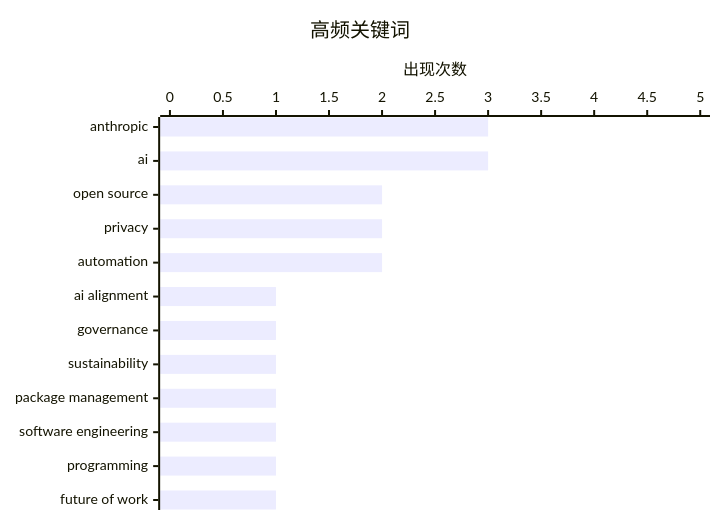
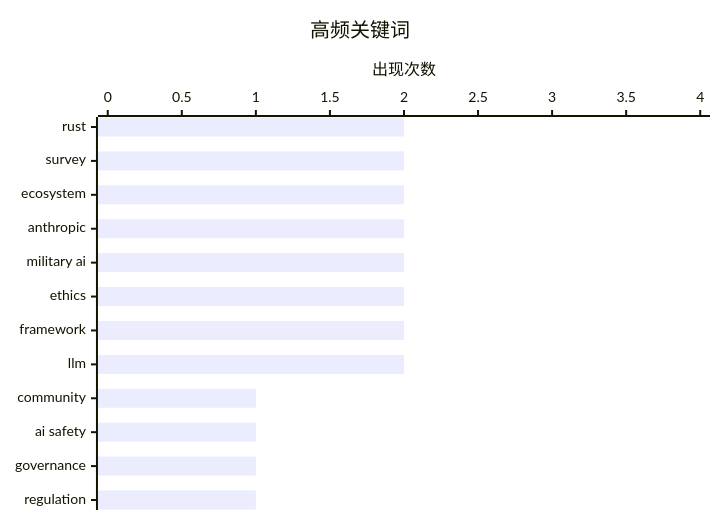
One commit to AustinWp/ai-daily-digest changed the second of 2 diagrams in digests/digest-20260303.md. Above: the diagram before and after it, drawn with Mermaid. The commit also changed other lines of this file, not shown here.

````diff
--- a/digests/digest-20260303.md
+++ b/digests/digest-20260303.md
@@ -345,7 +586,7 @@
 ```mermaid
 xychart-beta horizontal
     title "高频关键词"
-    x-axis ["anthropic", "ai", "open source", "privacy", "automation", "ai alignment", "governance", "sustainability", "package management", "software engineering", "programming", "future of work"]
-    y-axis "出现次数" 0 --> 5
-    bar [3, 3, 2, 2, 2, 1, 1, 1, 1, 1, 1, 1]
+    x-axis ["rust", "survey", "ecosystem", "anthropic", "military ai", "ethics", "framework", "llm", "community", "ai safety", "governance", "regulation"]
+    y-axis "出现次数" 0 --> 4
+    bar [2, 2, 2, 2, 2, 2, 2, 2, 1, 1, 1, 1]
 ```
````
